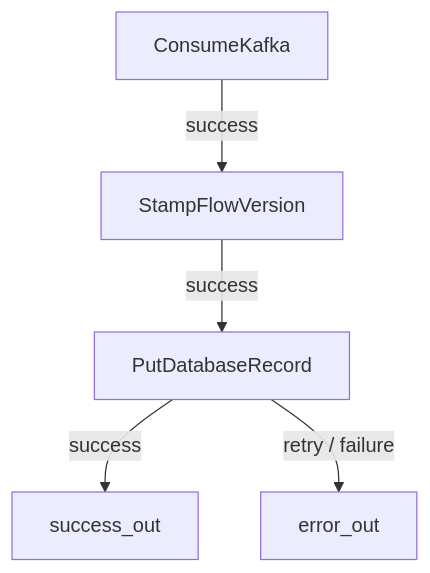
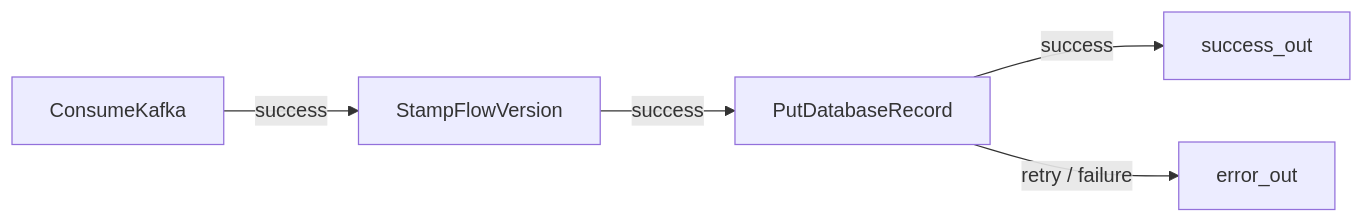
The second of 2 diagrams in docs/GUIDE_VI.md (ducpham4010/nifi-multi-market-lab), drawn with Mermaid before and after one commit. The commit also changed other lines of this file and 10 other files, not shown here.

````diff
--- a/docs/GUIDE_VI.md
+++ b/docs/GUIDE_VI.md
@@ -276,7 +580,7 @@
 ```mermaid
-flowchart TD
-  C["ConsumeKafka"] -->|success| U["StampFlowVersion"]
-  U -->|success| D["PutDatabaseRecord"]
-  D -->|success| S["success_out"]
-  D -->|"retry / failure"| E["error_out"]
+flowchart LR
+  C[ConsumeKafka] -->|success| U[StampFlowVersion]
+  U -->|success| D[PutDatabaseRecord]
+  D -->|success| S[success_out]
+  D -->|retry / failure| E[error_out]
 ```
````
